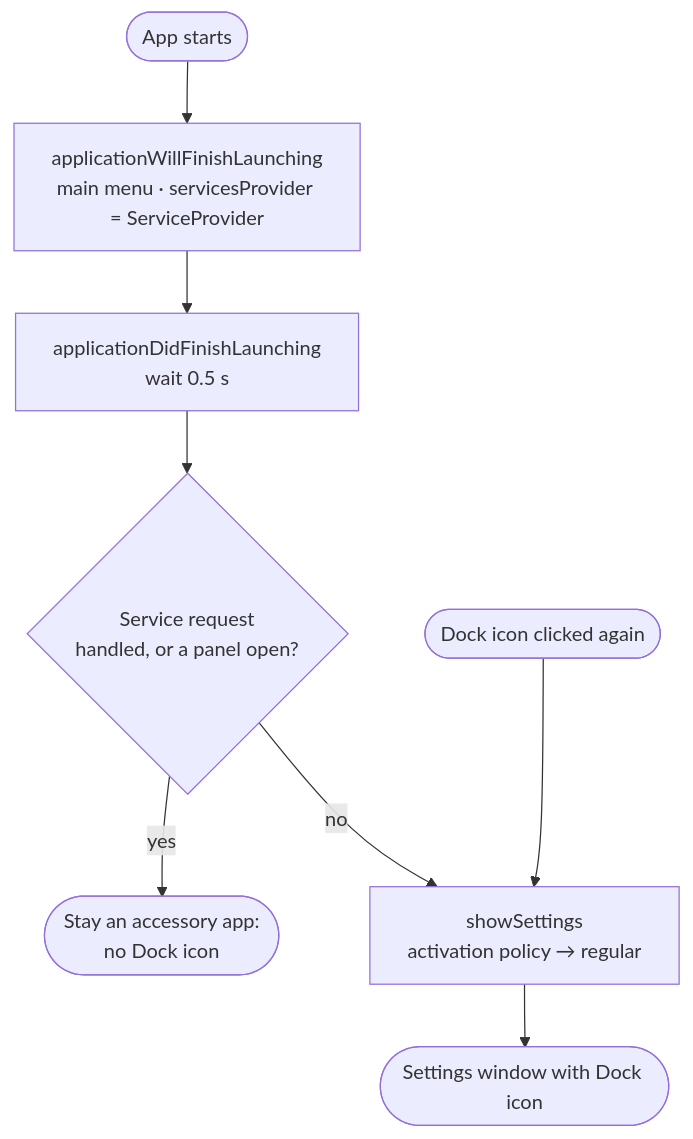
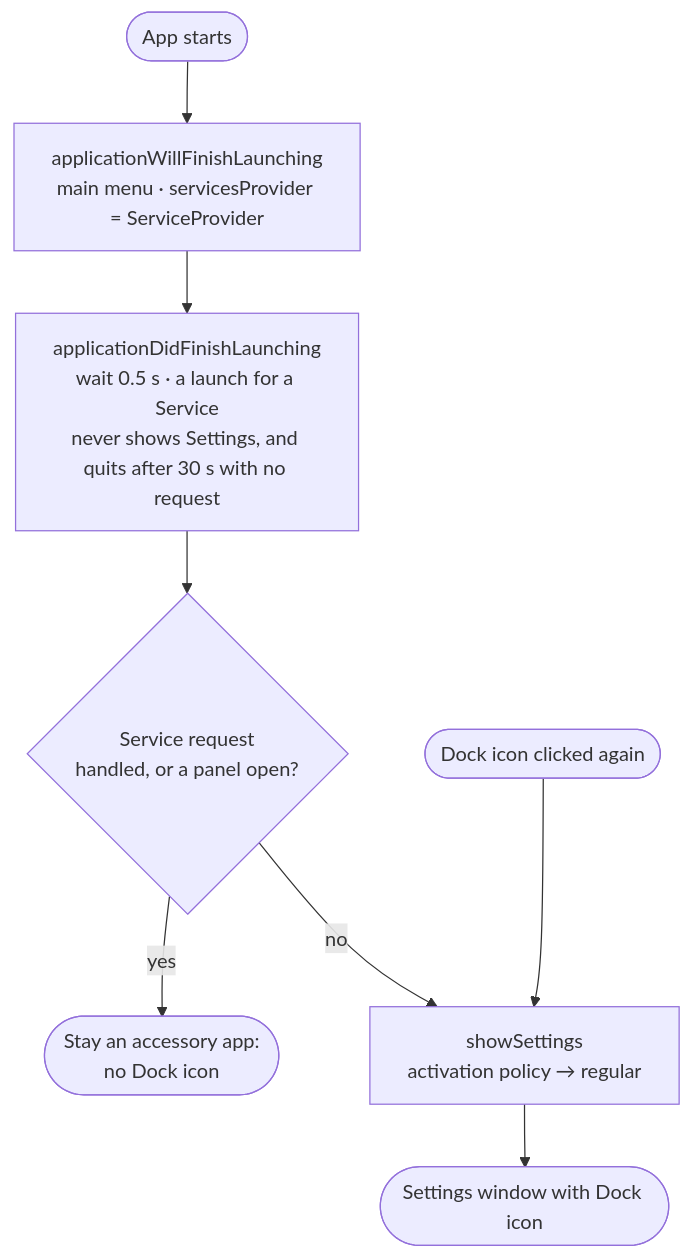
Before and after one commit to jdgiles26/prompt-menu: the first of 18 diagrams in docs/FLOW_MAPS.md, drawn with Mermaid. The commit also changed other lines of this file and 23 other files, not shown here.

````diff
--- a/docs/FLOW_MAPS.md
+++ b/docs/FLOW_MAPS.md
@@ -30,10 +30,10 @@
 ```mermaid
 flowchart TD
     A([App starts]) --> B[applicationWillFinishLaunching<br/>main menu · servicesProvider = ServiceProvider]
-    B --> C[applicationDidFinishLaunching<br/>wait 0.5 s]
+    B --> C[applicationDidFinishLaunching<br/>wait 0.5 s · a launch for a Service<br/>never shows Settings, and quits after 30 s with no request]
     C --> D{Service request<br/>handled, or a panel open?}
     D -- yes --> E([Stay an accessory app:<br/>no Dock icon])
     D -- no --> F[showSettings<br/>activation policy → regular]
     F --> G([Settings window with Dock icon])
     H([Dock icon clicked again]) --> F
 ```
````
